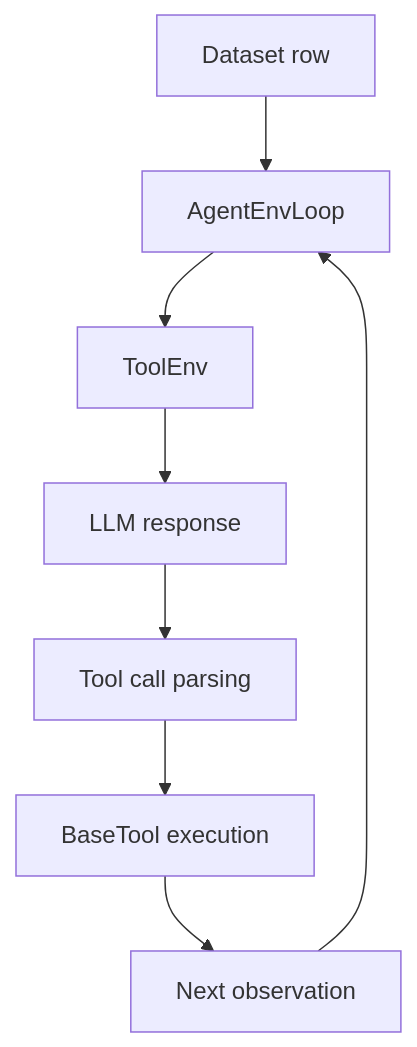
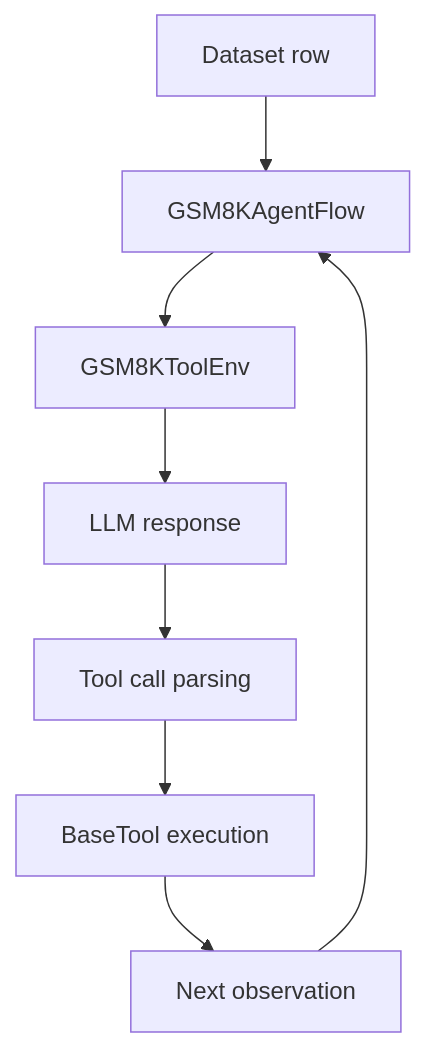
Before and after one commit to 0russwest0/Agent-R1: the diagram in docs/tutorials/agent-task.md, drawn with Mermaid. The commit also changed other lines of this file and 17 other files, not shown here.

````diff
--- a/docs/tutorials/agent-task.md
+++ b/docs/tutorials/agent-task.md
@@ -59,10 +60,10 @@
 ```mermaid
 graph TD
-    datasetRow["Dataset row"] --> agentFlow["AgentEnvLoop"]
-    agentFlow --> toolEnv["ToolEnv"]
+    datasetRow["Dataset row"] --> agentFlow["GSM8KAgentFlow"]
+    agentFlow --> toolEnv["GSM8KToolEnv"]
     toolEnv --> llmStep["LLM response"]
     llmStep --> toolCall["Tool call parsing"]
     toolCall --> toolExec["BaseTool execution"]
     toolExec --> nextObs["Next observation"]
     nextObs --> agentFlow
 ```
````
